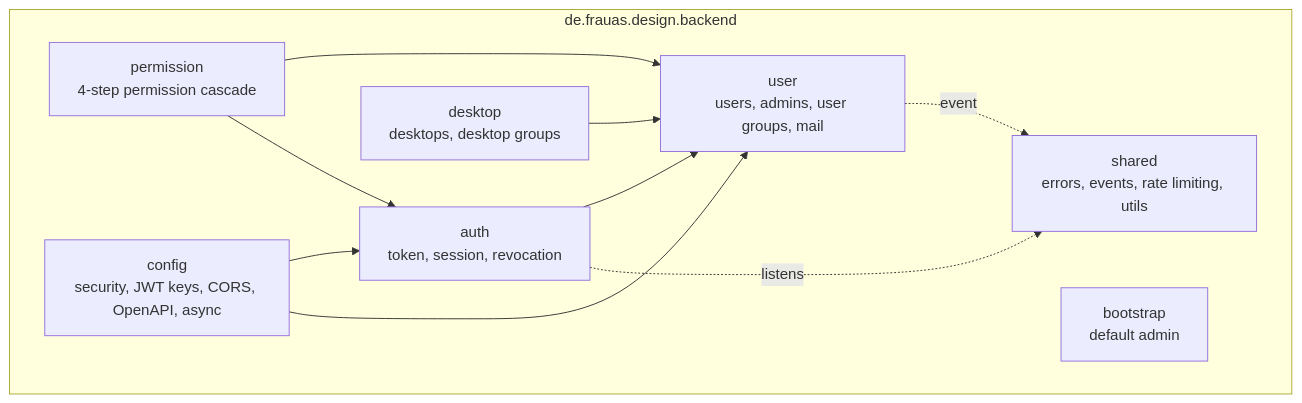
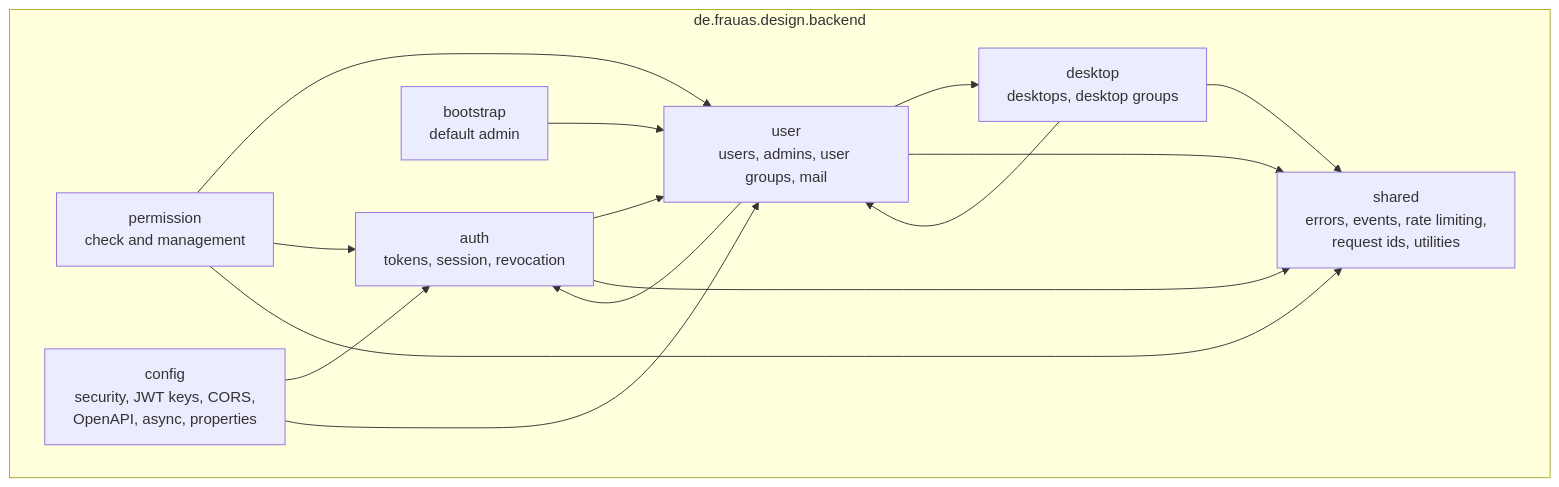
The second of 9 diagrams in docs/arc42.md (design-daas-fra-uas/design-daas-backend-java), drawn with Mermaid before and after one commit. The commit also changed other lines of this file and 3 other files, not shown here.

````diff
--- a/docs/arc42.md
+++ b/docs/arc42.md
@@ -76,20 +152,22 @@
 ```mermaid
 flowchart TB
-    subgraph backend [de.frauas.design.backend]
-        auth[auth<br/>token, session, revocation]
+    subgraph app [de.frauas.design.backend]
+        auth[auth<br/>tokens, session, revocation]
         user[user<br/>users, admins, user groups, mail]
         desktop[desktop<br/>desktops, desktop groups]
-        permission[permission<br/>4-step permission cascade]
-        shared[shared<br/>errors, events, rate limiting, utils]
-        config[config<br/>security, JWT keys, CORS, OpenAPI, async]
+        permission[permission<br/>check and management]
+        shared[shared<br/>errors, events, rate limiting,<br/>request ids, utilities]
+        config[config<br/>security, JWT keys, CORS,<br/>OpenAPI, async, properties]
         bootstrap[bootstrap<br/>default admin]
     end
     auth --> user
+    user --> auth
+    user --> desktop
     desktop --> user
     permission --> user
     permission --> auth
-    user -.event.-> shared
-    auth -.listens.-> shared
     config --> auth
     config --> user
+    bootstrap --> user
+    auth & user & desktop & permission --> shared
 ```
````
